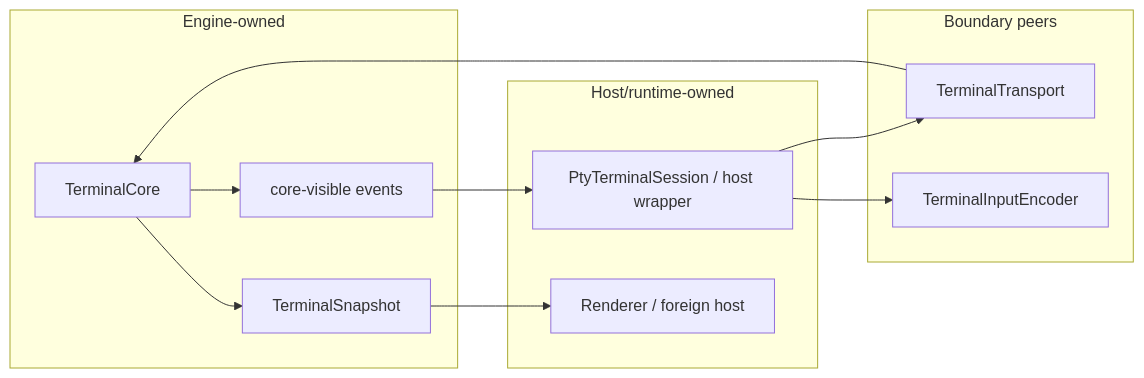
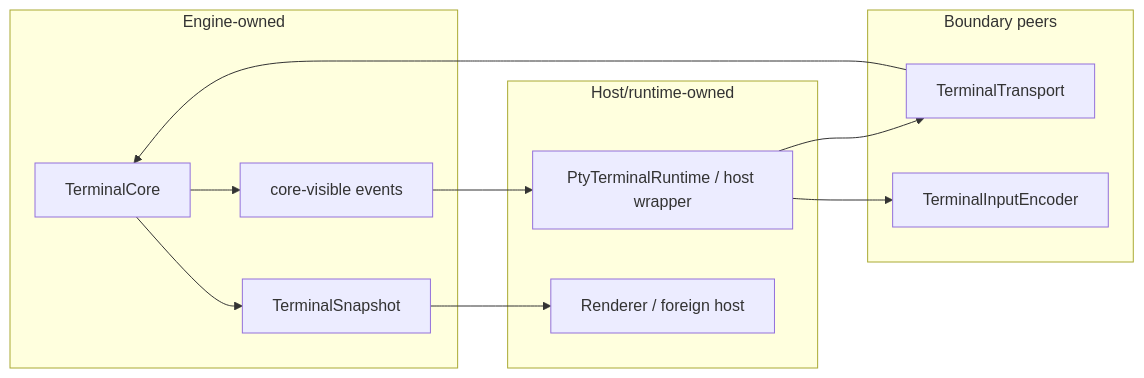
The sixth of 8 diagrams in app_architecture/terminal/VT_CORE_DESIGN.md (LaurenceGuws/Zide), drawn with Mermaid before and after one commit. The commit also changed other lines of this file and 59 other files, not shown here.

Commit message:
Break terminal barrel and split runtime publication surfaces

````diff
--- a/app_architecture/terminal/VT_CORE_DESIGN.md
+++ b/app_architecture/terminal/VT_CORE_DESIGN.md
@@ -597,26 +611,26 @@
 ```mermaid
 flowchart LR
     subgraph Engine["Engine-owned"]
         Core["TerminalCore"]
         Snapshot["TerminalSnapshot"]
         Events["core-visible events"]
     end
 
     subgraph Boundary["Boundary peers"]
         Transport["TerminalTransport"]
         Encoder["TerminalInputEncoder"]
     end
 
     subgraph Host["Host/runtime-owned"]
-        Session["PtyTerminalSession / host wrapper"]
+        Session["PtyTerminalRuntime / host wrapper"]
         Renderer["Renderer / foreign host"]
     end
 
     Session --> Transport
     Session --> Encoder
     Transport --> Core
     Core --> Snapshot
     Core --> Events
     Snapshot --> Renderer
     Events --> Session
 ```
````
